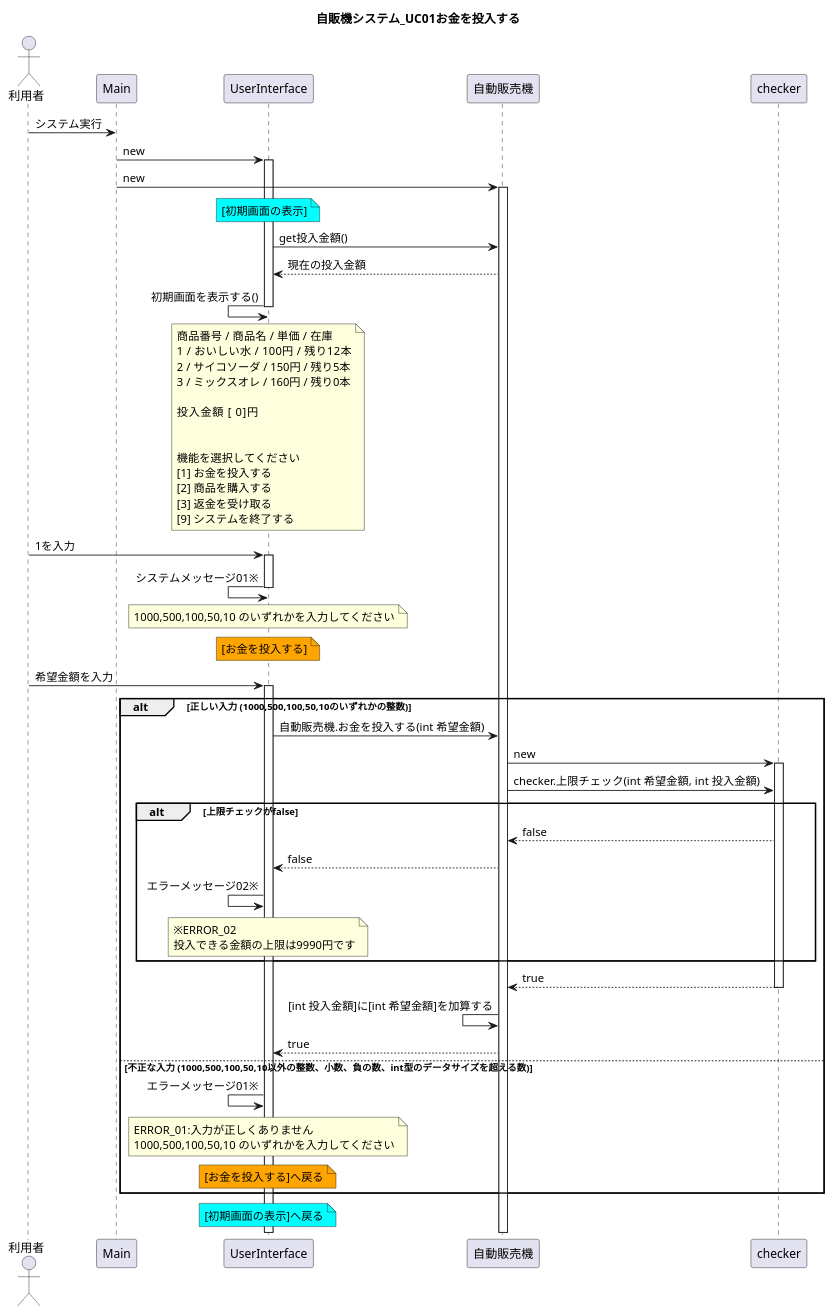
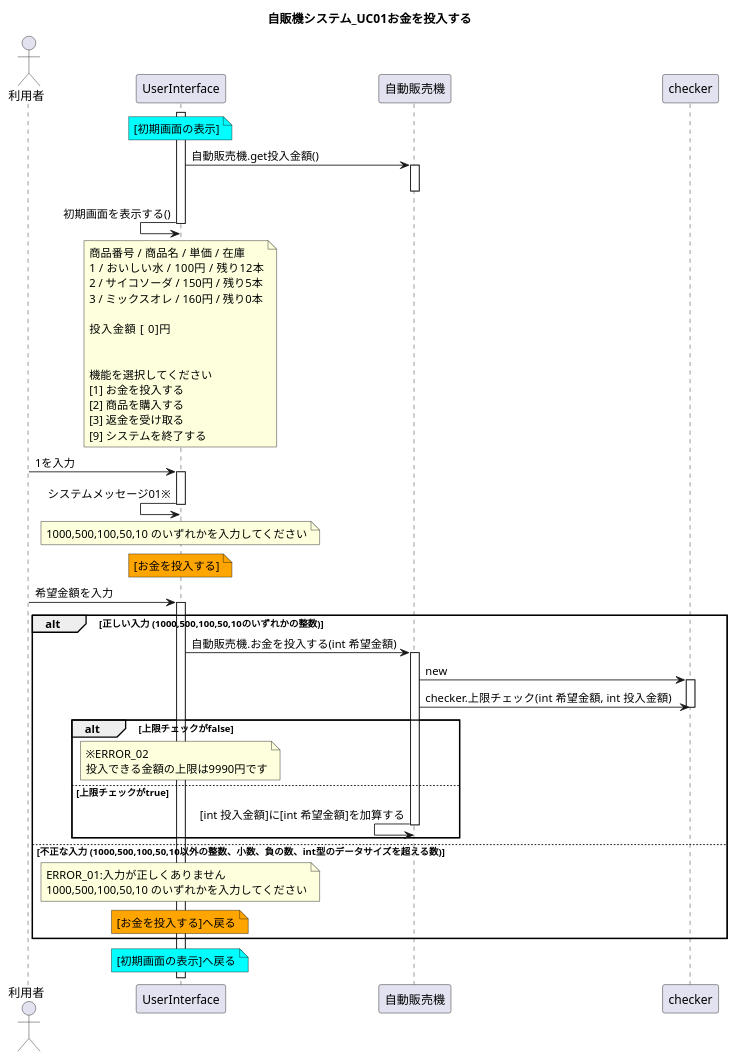
Before and after one commit to W-Nakayama-24/VendingMachine_CUI: the diagram in UML_class_sequence/VendingMachine_sequence01.puml, drawn with PlantUML. The commit also changed 3 other files, not shown here.

First line of the commit message:
FIX classDiag and sequence01

```diff
--- a/UML_class_sequence/VendingMachine_sequence01.puml
+++ b/UML_class_sequence/VendingMachine_sequence01.puml
@@ -1,100 +1,91 @@
 @startuml
 title 自販機システム_UC01お金を投入する
 
 actor 利用者
-利用者 -> Main : システム実行
 
-participant Main
-
-Main -> UserInterface : new
 activate UserInterface
-Main -> 自動販売機 : new
-activate 自動販売機
 
 note over UserInterface #Cyan
 [初期画面の表示]
 end note
-UserInterface -> 自動販売機 : get投入金額()
-UserInterface <-- 自動販売機 : 現在の投入金額
-
+UserInterface -> 自動販売機 : 自動販売機.get投入金額()
+activate 自動販売機
+deactivate 自動販売機
 UserInterface <- UserInterface : 初期画面を表示する()
     note over UserInterface
     商品番号 / 商品名 / 単価  / 在庫
     1 / おいしい水   / 100円 / 残り12本
     2 / サイコソーダ / 150円 / 残り5本
     3 / ミックスオレ / 160円 / 残り0本
 
     投入金額 [   0]円
 
 
     機能を選択してください
     [1] お金を投入する
     [2] 商品を購入する
     [3] 返金を受け取る
     [9] システムを終了する
     end note
 deactivate UserInterface
 
 
 利用者 -> UserInterface : 1を入力
 activate UserInterface
 
 
 UserInterface <- UserInterface : システムメッセージ01※
     note over UserInterface
     1000,500,100,50,10 のいずれかを入力してください
     end note
 deactivate UserInterface
 
 
 note over UserInterface #Orange
 [お金を投入する]
 end note
 利用者 -> UserInterface : 希望金額を入力
 '不正な入力はUIの段階で弾いておくべきではないか? 現実の自販機も異物は突っ込めない
-'自分で定めた条件や、nextIntの例外を拾う
+'自分で定めた条件や、sc.nextInt()の例外を拾う
 activate UserInterface
 
 alt 正しい入力 (1000,500,100,50,10のいずれかの整数)
 
 UserInterface -> 自動販売機 : 自動販売機.お金を投入する(int 希望金額)
-
+activate 自動販売機
 自動販売機 -> checker : new
 activate checker
 
 自動販売機 -> checker : checker.上限チェック(int 希望金額, int 投入金額)
+deactivate checker
 
 alt 上限チェックがfalse
 
-自動販売機 <-- checker : false
-UserInterface <-- 自動販売機 : false
-UserInterface <- UserInterface : エラーメッセージ02※
     note over UserInterface
     ※ERROR_02
     投入できる金額の上限は9990円です
     end note
+
+else 上限チェックがtrue
+自動販売機 <- 自動販売機 : [int 投入金額]に[int 希望金額]を加算する
+deactivate 自動販売機
 end
 
-自動販売機 <-- checker : true
-deactivate checker
-自動販売機 <- 自動販売機 : [int 投入金額]に[int 希望金額]を加算する
-UserInterface <-- 自動販売機 : true
 
 
 else 不正な入力 (1000,500,100,50,10以外の整数、小数、負の数、int型のデータサイズを超える数)
-UserInterface <- UserInterface : エラーメッセージ01※
     note over UserInterface
     ERROR_01:入力が正しくありません
     1000,500,100,50,10 のいずれかを入力してください
     end note
 
     note over UserInterface #Orange
     [お金を投入する]へ戻る
     end note
 end
 
 note over UserInterface #Cyan
 [初期画面の表示]へ戻る
 end note
 
 @enduml
```
